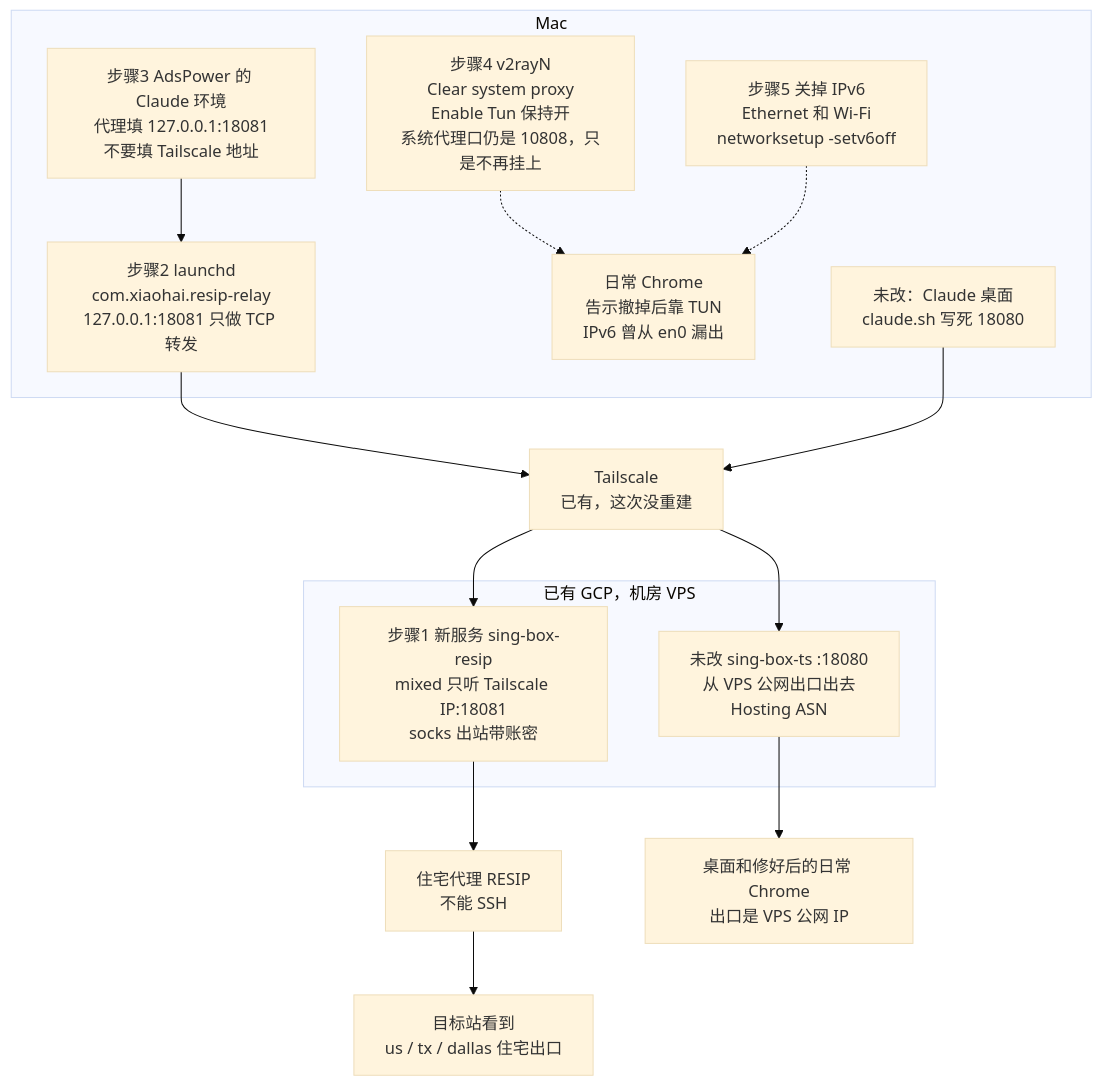
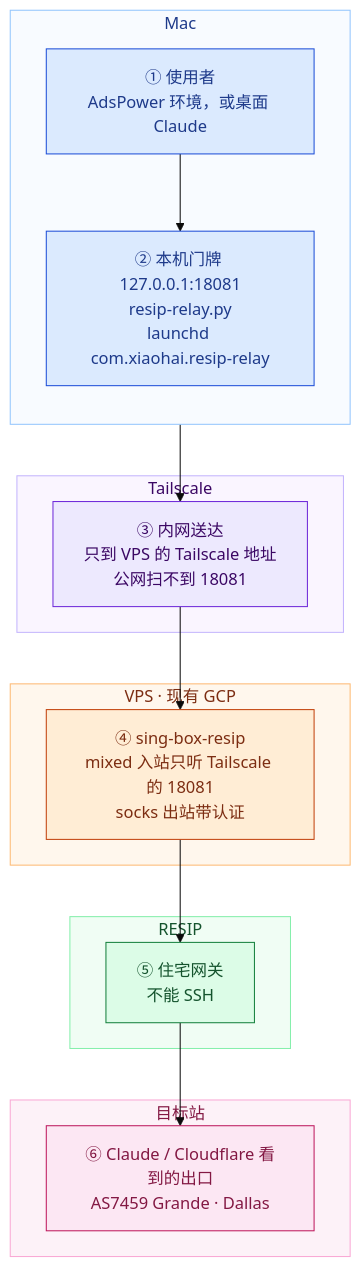
Before and after one commit to daily-learn-sch/myblog: the first of 10 diagrams in docs/tutorials/residential-proxy-vps-relay.md, drawn with Mermaid (base theme). The commit also changed other lines of this file and 2 other files, not shown here.

First line of the commit message:
docs: 重写住宅代理中转教程，桌面 Claude 改走 18081

````diff
--- a/docs/tutorials/residential-proxy-vps-relay.md
+++ b/docs/tutorials/residential-proxy-vps-relay.md
@@ -132,24 +55,37 @@
 ```mermaid
 flowchart TB
-  subgraph mac [Mac]
-    Ads["步骤3 AdsPower 的 Claude 环境<br/>代理填 127.0.0.1:18081<br/>不要填 Tailscale 地址"]
-    Relay["步骤2 launchd<br/>com.xiaohai.resip-relay<br/>127.0.0.1:18081 只做 TCP 转发"]
-    V2["步骤4 v2rayN<br/>Clear system proxy<br/>Enable Tun 保持开<br/>系统代理口仍是 10808，只是不再挂上"]
-    V6["步骤5 关掉 IPv6<br/>Ethernet 和 Wi-Fi<br/>networksetup -setv6off"]
-    Chrome["日常 Chrome<br/>告示撤掉后靠 TUN<br/>IPv6 曾从 en0 漏出"]
-    Desk["未改：Claude 桌面<br/>claude.sh 写死 18080"]
+  subgraph macBox ["Mac"]
+    direction TB
+    who["① 使用者<br/>AdsPower 环境，或桌面 Claude"]
+    door["② 本机门牌 127.0.0.1:18081<br/>resip-relay.py<br/>launchd com.xiaohai.resip-relay"]
+    who --> door
   end
-  subgraph gcp [已有 GCP，机房 VPS]
-    Old["未改 sing-box-ts :18080<br/>从 VPS 公网出口出去<br/>Hosting ASN"]
-    New["步骤1 新服务 sing-box-resip<br/>mixed 只听 Tailscale IP:18081<br/>socks 出站带账密"]
+  subgraph tsBox ["Tailscale"]
+    ts["③ 内网送达<br/>只到 VPS 的 Tailscale 地址<br/>公网扫不到 18081"]
   end
-  TS["Tailscale<br/>已有，这次没重建"]
-  RESIP["住宅代理 RESIP<br/>不能 SSH"]
-  Home["目标站看到<br/>us / tx / dallas 住宅出口"]
-  Pub["桌面和修好后的日常 Chrome<br/>出口是 VPS 公网 IP"]
-
-  Ads --> Relay --> TS --> New --> RESIP --> Home
-  Desk --> TS --> Old --> Pub
-  V2 -.-> Chrome
-  V6 -.-> Chrome
+  subgraph vpsBox ["VPS · 现有 GCP"]
+    sb["④ sing-box-resip<br/>mixed 入站只听 Tailscale 的 18081<br/>socks 出站带认证"]
+  end
+  subgraph resBox ["RESIP"]
+    gw["⑤ 住宅网关<br/>不能 SSH"]
+  end
+  subgraph dstBox ["目标站"]
+    eye["⑥ Claude / Cloudflare 看到的出口<br/>AS7459 Grande · Dallas"]
+  end
+  door --> ts --> sb --> gw --> eye
+  classDef mac fill:#dbeafe,stroke:#1d4ed8,color:#1e3a8a
+  classDef ts fill:#ede9fe,stroke:#6d28d9,color:#3b0764
+  classDef vps fill:#ffedd5,stroke:#c2410c,color:#7c2d12
+  classDef res fill:#dcfce7,stroke:#15803d,color:#14532d
+  classDef dst fill:#fce7f3,stroke:#be185d,color:#831843
+  class who,door mac
+  class ts ts
+  class sb vps
+  class gw res
+  class eye dst
+  style macBox fill:#f8fbff,stroke:#93c5fd,color:#1e3a8a
+  style tsBox fill:#faf5ff,stroke:#c4b5fd,color:#3b0764
+  style vpsBox fill:#fff7ed,stroke:#fdba74,color:#7c2d12
+  style resBox fill:#f0fdf4,stroke:#86efac,color:#14532d
+  style dstBox fill:#fdf2f8,stroke:#f9a8d4,color:#831843
 ```
````
